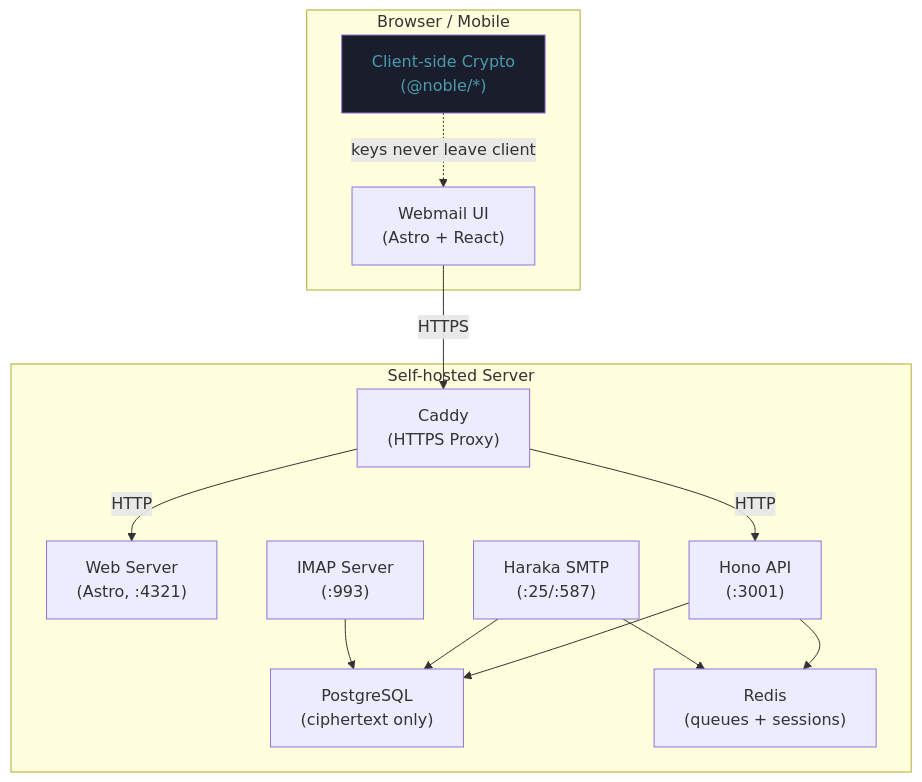
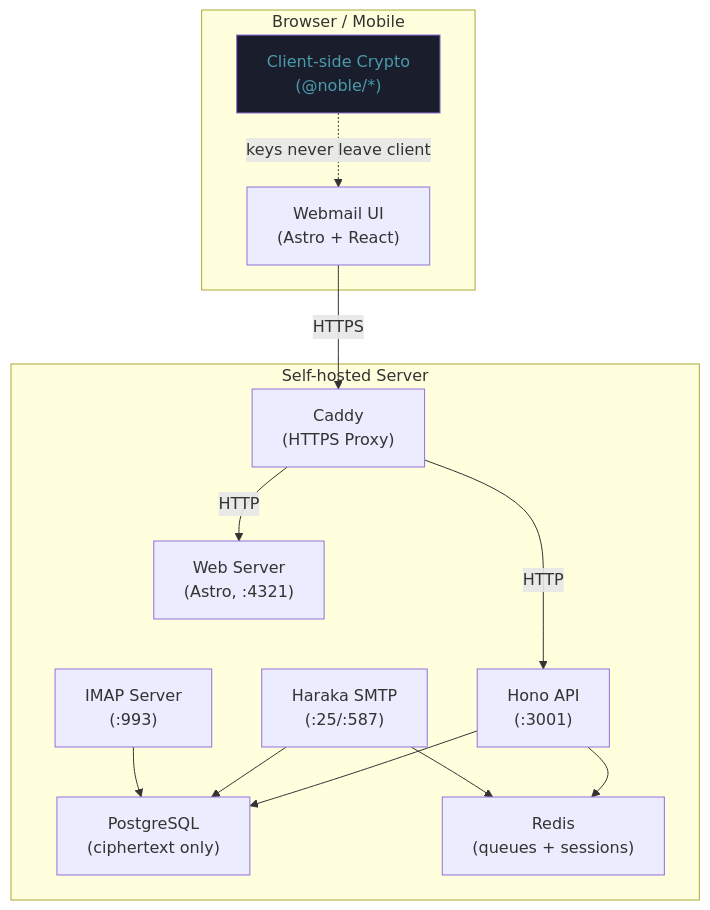
Before and after one commit to hffmnnj/enclave-mail: the diagram in README.md, drawn with Mermaid.

Commit message:
docs: fix mermaid diagram — br tags for line breaks, rank edges to separate mail services row

````diff
--- a/README.md
+++ b/README.md
@@ -15,29 +15,31 @@
 ```mermaid
 graph TB
     subgraph Client["Browser / Mobile"]
-        Crypto["Client-side Crypto\n(@noble/*)"]
-        WebUI["Webmail UI\n(Astro + React)"]
+        Crypto["Client-side Crypto<br/>(@noble/*)"]
+        WebUI["Webmail UI<br/>(Astro + React)"]
     end
 
     subgraph Server["Self-hosted Server"]
-        Caddy["Caddy\n(HTTPS Proxy)"]
-        WebServer["Web Server\n(Astro, :4321)"]
-        API["Hono API\n(:3001)"]
-        SMTP["Haraka SMTP\n(:25/:587)"]
-        IMAP["IMAP Server\n(:993)"]
-        PG["PostgreSQL\n(ciphertext only)"]
-        Redis["Redis\n(queues + sessions)"]
+        Caddy["Caddy<br/>(HTTPS Proxy)"]
+        WebServer["Web Server<br/>(Astro, :4321)"]
+        API["Hono API<br/>(:3001)"]
+        SMTP["Haraka SMTP<br/>(:25/:587)"]
+        IMAP["IMAP Server<br/>(:993)"]
+        PG["PostgreSQL<br/>(ciphertext only)"]
+        Redis["Redis<br/>(queues + sessions)"]
     end
 
+    Crypto -.->|keys never leave client| WebUI
     WebUI -->|HTTPS| Caddy
     Caddy -->|HTTP| WebServer
     Caddy -->|HTTP| API
+    WebServer ~~~ SMTP
+    WebServer ~~~ IMAP
     API --> PG
     API --> Redis
     SMTP --> PG
     SMTP --> Redis
     IMAP --> PG
-    Crypto -.->|keys never leave client| WebUI
 
     style Crypto fill:#1A1D2B,color:#4A9BAE
 ```
````
